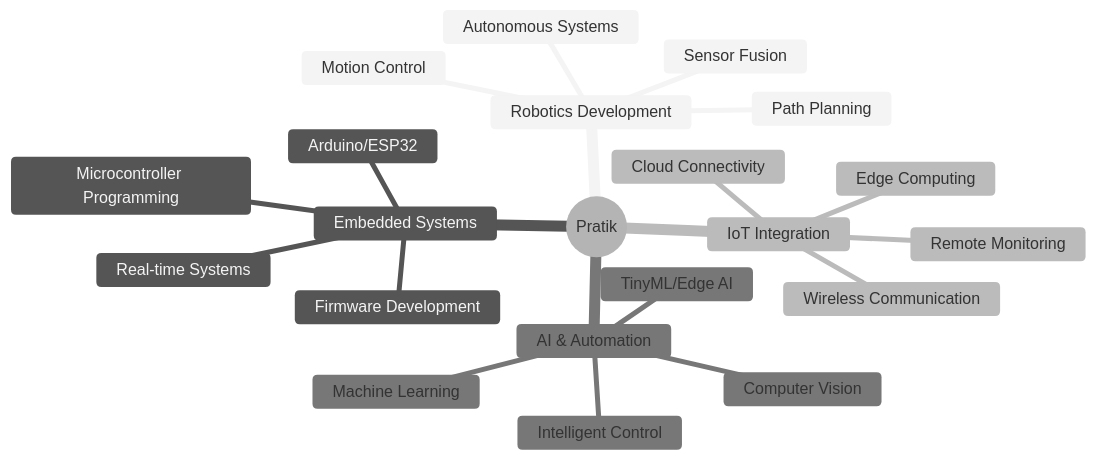
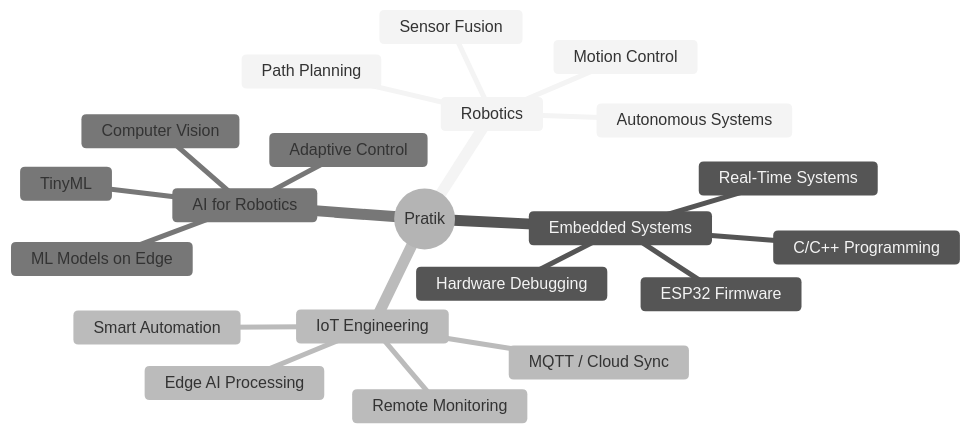
One commit to Pratik4875/Pratik4875 changed the diagram in README.md. Above: the diagram before and after it, drawn with Mermaid (neutral theme). The commit also changed other lines of this file, not shown here.

````diff
--- a/README.md
+++ b/README.md
@@ -120,24 +74,24 @@
 ```mermaid
 mindmap
   root((Pratik))
-    Robotics Development
+    Robotics
+      Sensor Fusion
       Motion Control
       Path Planning
-      Sensor Fusion
       Autonomous Systems
     Embedded Systems
-      Microcontroller Programming
-      Arduino/ESP32
-      Real-time Systems
-      Firmware Development
-    IoT Integration
-      Wireless Communication
-      Cloud Connectivity
+      ESP32 Firmware
+      Real-Time Systems
+      C/C++ Programming
+      Hardware Debugging
+    IoT Engineering
+      MQTT / Cloud Sync
+      Smart Automation
       Remote Monitoring
-      Edge Computing
-    AI & Automation
-      Machine Learning
+      Edge AI Processing
+    AI for Robotics
+      ML Models on Edge
       Computer Vision
-      TinyML/Edge AI
-      Intelligent Control
+      TinyML
+      Adaptive Control
 ```
````
